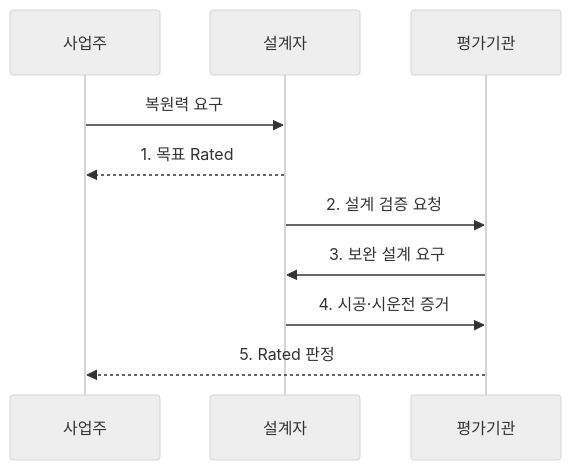
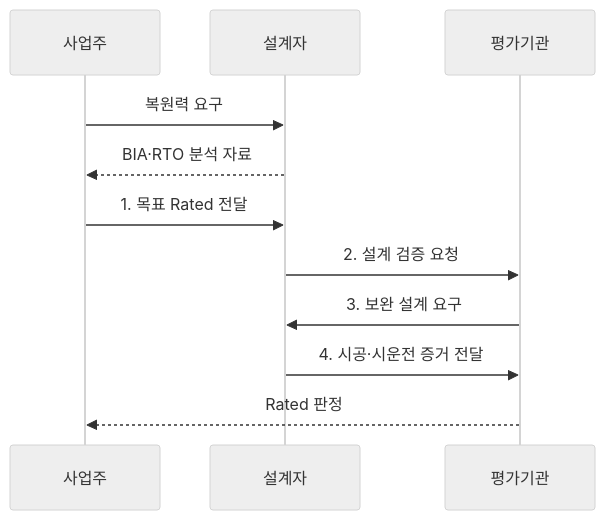
Before and after one commit to agnusdei1207/knowledge-base: the second of 2 diagrams in src/content/docs/notes/06-evaluation/038_tia942_tier_rating.md, drawn with Mermaid (neutral theme). The commit also changed other lines of this file and 20 other files, not shown here.

````diff
--- a/src/content/docs/notes/06-evaluation/038_tia942_tier_rating.md
+++ b/src/content/docs/notes/06-evaluation/038_tia942_tier_rating.md
@@ -94,12 +95,13 @@
 ```mermaid
 sequenceDiagram
     participant C as 사업주
     participant A as 설계자
     participant T as 평가기관
     C->>A: 복원력 요구
-    A-->>C: 1. 목표 Rated
+    A-->>C: BIA·RTO 분석 자료
+    C->>A: 1. 목표 Rated 전달
     A->>T: 2. 설계 검증 요청
     T->>A: 3. 보완 설계 요구
-    A->>T: 4. 시공·시운전 증거
-    T-->>C: 5. Rated 판정
+    A->>T: 4. 시공·시운전 증거 전달
+    T-->>C: Rated 판정
 ```
````
